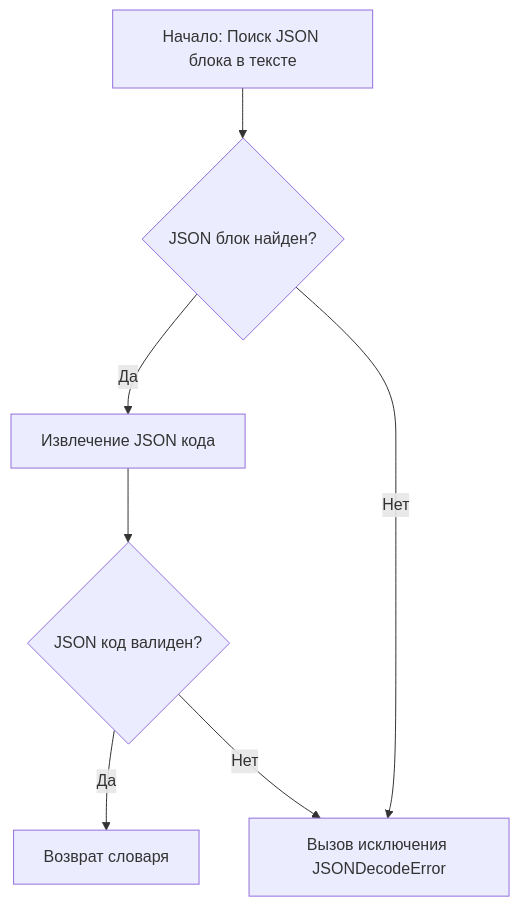
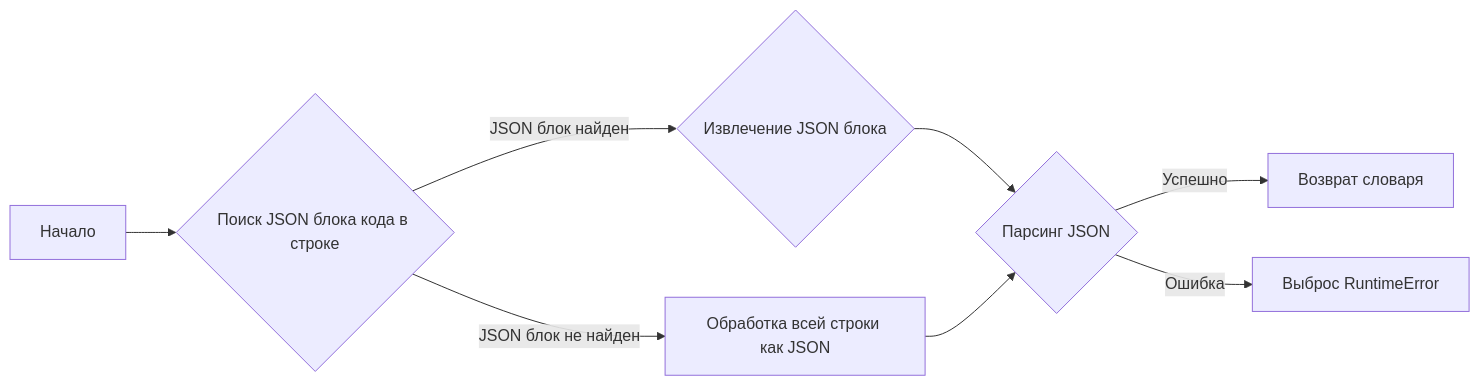
The third of 8 diagrams in docs/ru/src/endpoints/gpt4free/etc/tool/copilot.py.md (hypo69/hypotez), drawn with Mermaid before and after one commit. The commit also changed other lines of this file and 1431 other files, not shown here.

````diff
--- a/docs/ru/src/endpoints/gpt4free/etc/tool/copilot.py.md
+++ b/docs/ru/src/endpoints/gpt4free/etc/tool/copilot.py.md
@@ -146,9 +122,10 @@
 ```mermaid
-graph TD
-    A[Начало: Поиск JSON блока в тексте] --> B{JSON блок найден?};
-    B -- Да --> C[Извлечение JSON кода];
-    C --> D{JSON код валиден?};
-    D -- Да --> E[Возврат словаря];
-    D -- Нет --> F[Вызов исключения JSONDecodeError];
-    B -- Нет --> F;
+graph LR
+A[Начало] --> B{Поиск JSON блока кода в строке};
+B -- JSON блок найден --> C{Извлечение JSON блока};
+B -- JSON блок не найден --> E[Обработка всей строки как JSON];
+C --> D{Парсинг JSON};
+E --> D
+D -- Успешно --> F[Возврат словаря];
+D -- Ошибка --> G[Выброс RuntimeError];
 ```
````
